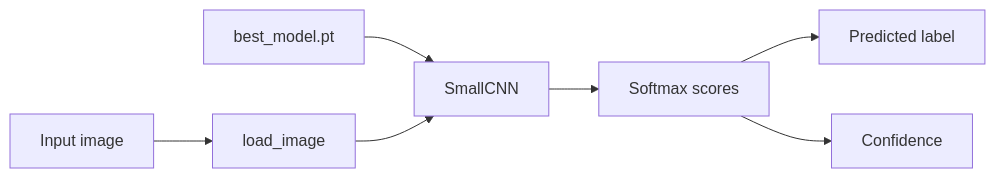
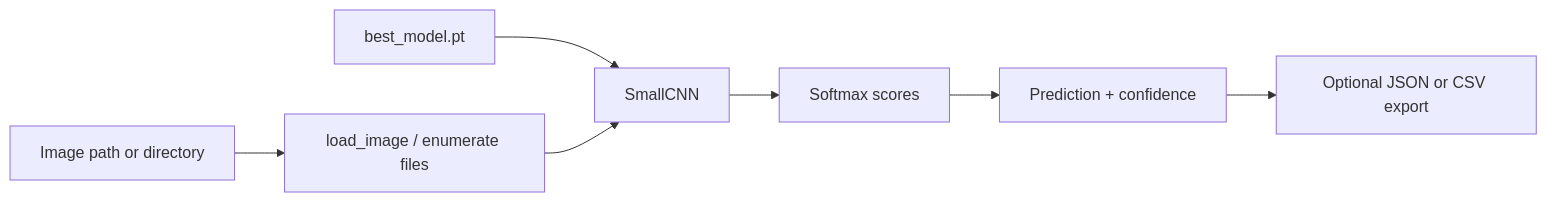
One commit to minstonnguyen/CMPE188-emergency-vehicle-classification changed the third of 3 diagrams in docs/architecture.md. Above: the diagram before and after it, drawn with Mermaid. The commit also changed other lines of this file and 25 other files, not shown here.

````diff
--- a/docs/architecture.md
+++ b/docs/architecture.md
@@ -37,9 +37,9 @@
 ```mermaid
 flowchart LR
-    A[Input image] --> B[load_image]
+    A[Image path or directory] --> B[load_image / enumerate files]
     C[best_model.pt] --> D[SmallCNN]
     B --> D
     D --> E[Softmax scores]
-    E --> F[Predicted label]
-    E --> G[Confidence]
+    E --> F[Prediction + confidence]
+    F --> G[Optional JSON or CSV export]
 ```
````
